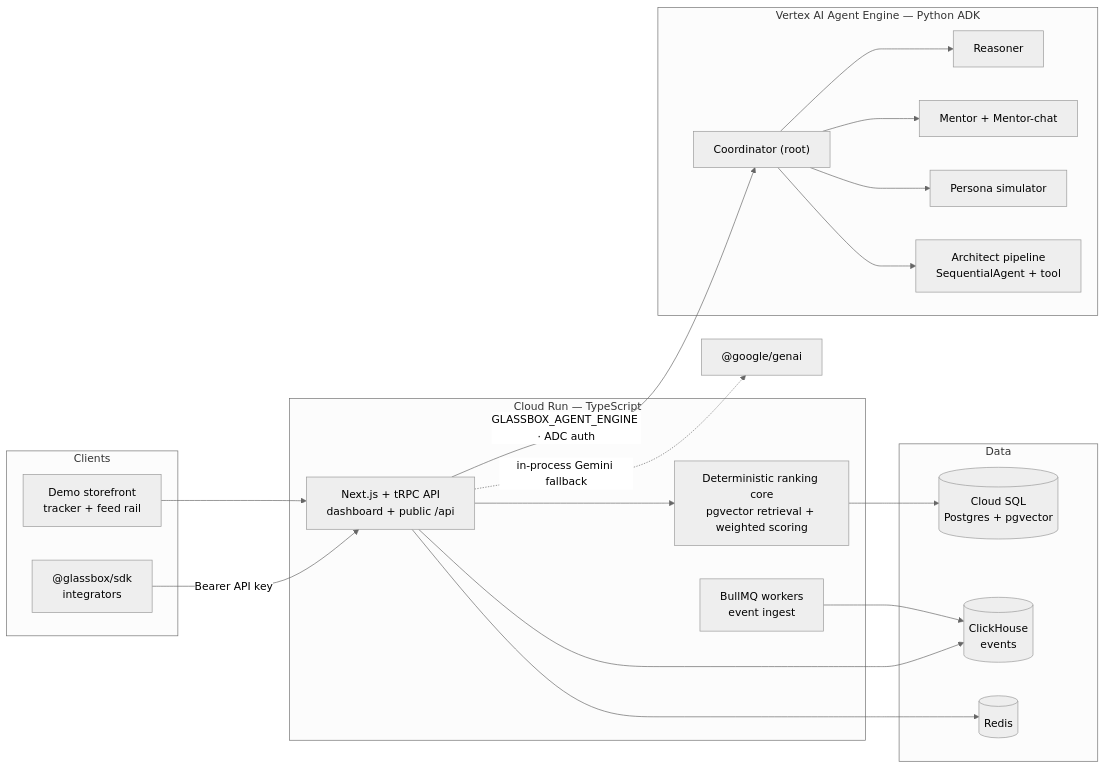
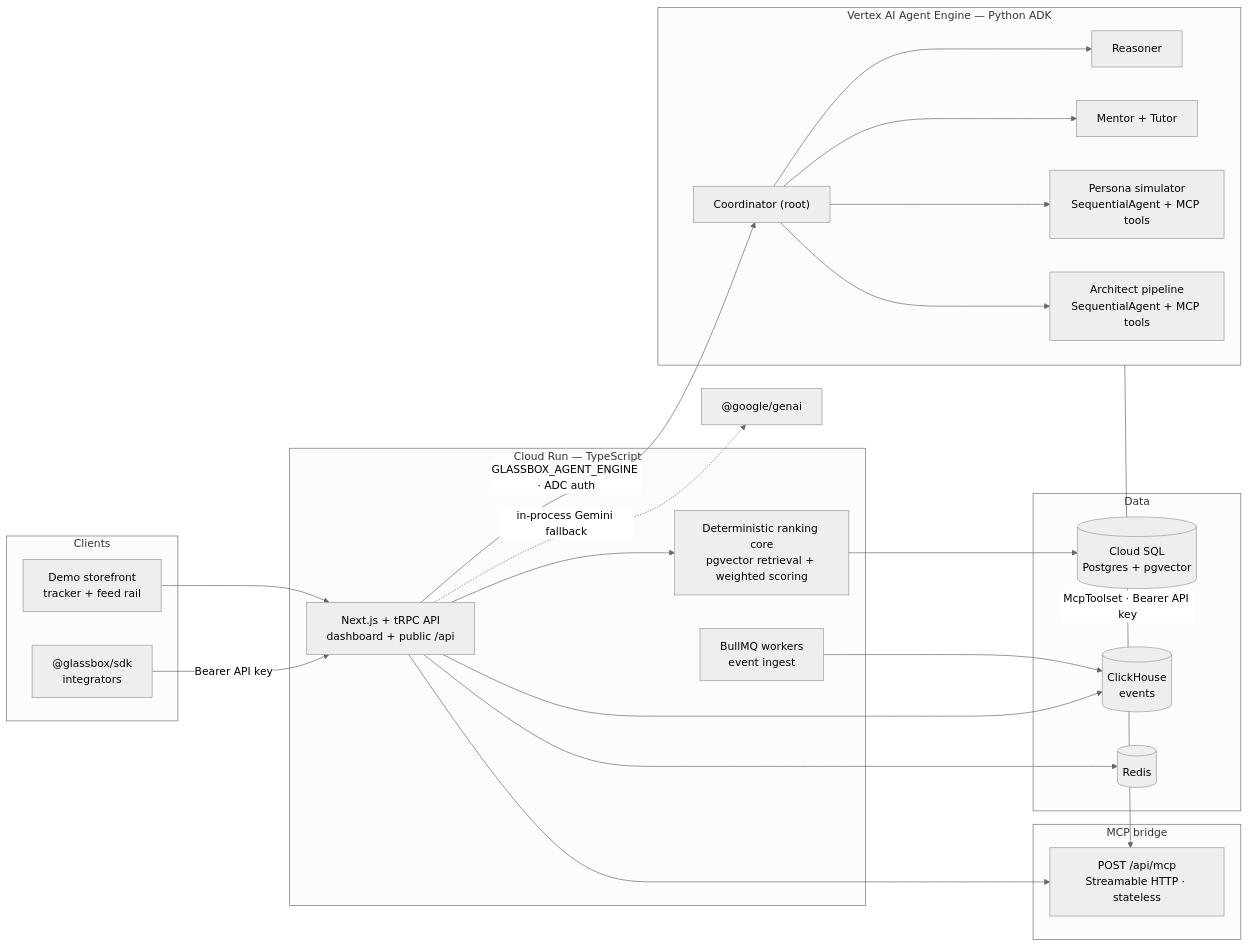
The diagram in README.md (sylonik/glassboxengine), drawn with Mermaid (neutral theme) before and after one commit. The commit also changed other lines of this file and 27 other files, not shown here.

````diff
--- a/README.md
+++ b/README.md
@@ -36,36 +36,42 @@
 ```mermaid
 flowchart LR
     subgraph client["Clients"]
         DS["Demo storefront<br/>tracker + feed rail"]
         SDK["@glassbox/sdk<br/>integrators"]
     end
 
     subgraph cr["Cloud Run — TypeScript"]
         WEB["Next.js + tRPC API<br/>dashboard + public /api"]
         CORE["Deterministic ranking core<br/>pgvector retrieval + weighted scoring"]
         WORKERS["BullMQ workers<br/>event ingest"]
     end
 
     subgraph ae["Vertex AI Agent Engine — Python ADK"]
         COORD["Coordinator (root)"]
         COORD --> REA["Reasoner"]
-        COORD --> MEN["Mentor + Mentor-chat"]
-        COORD --> PER["Persona simulator"]
-        COORD --> ARC["Architect pipeline<br/>SequentialAgent + tool"]
+        COORD --> MEN["Mentor + Tutor"]
+        COORD --> PER["Persona simulator<br/>SequentialAgent + MCP tools"]
+        COORD --> ARC["Architect pipeline<br/>SequentialAgent + MCP tools"]
+    end
+
+    subgraph mcp["MCP bridge"]
+        MCPSRV["POST /api/mcp<br/>Streamable HTTP · stateless"]
     end
 
     subgraph data["Data"]
         PG[("Cloud SQL<br/>Postgres + pgvector")]
         CH[("ClickHouse<br/>events")]
         RD[("Redis")]
     end
 
     DS --> WEB
     SDK -->|"Bearer API key"| WEB
     WEB --> CORE --> PG
     WEB -->|"GLASSBOX_AGENT_ENGINE · ADC auth"| COORD
     WEB -.->|"in-process Gemini fallback"| GENAI["@google/genai"]
+    WEB --> MCPSRV
+    ae -->|"McpToolset · Bearer API key"| MCPSRV
     WORKERS --> CH
     WEB --> RD
     WEB --> CH
 ```
````
